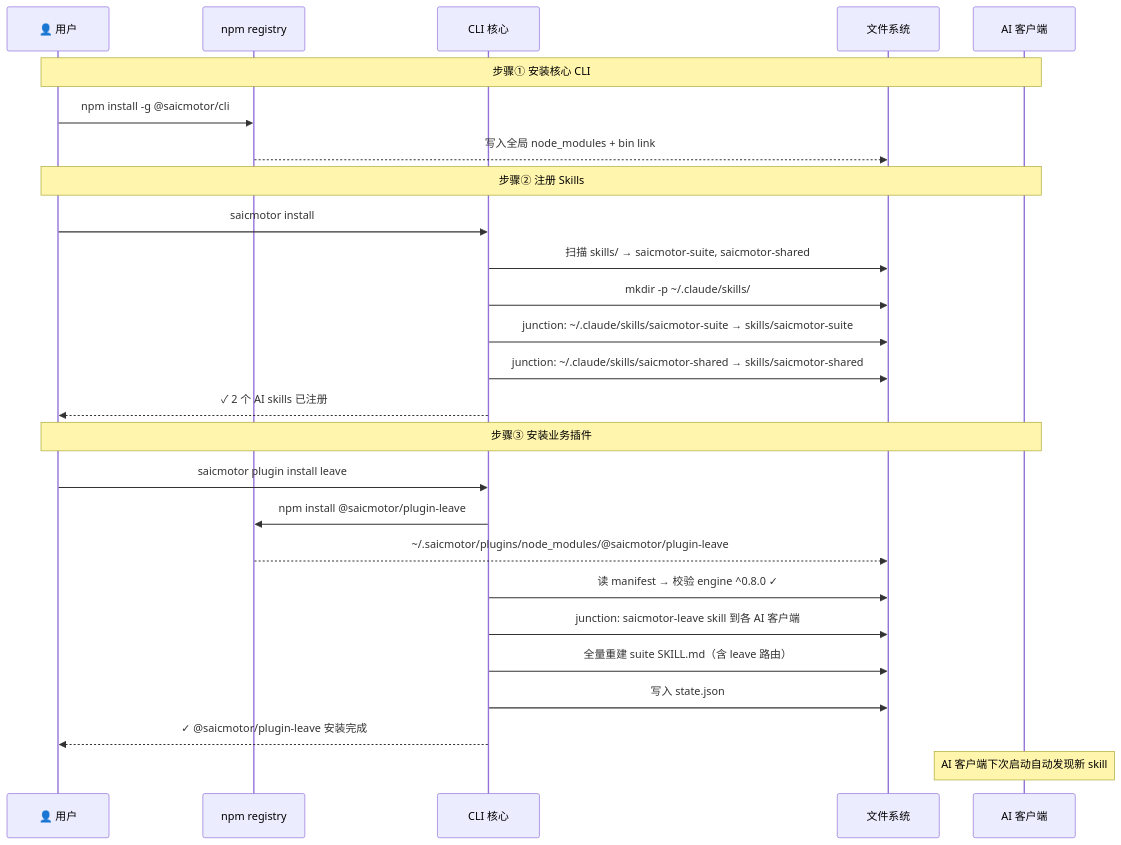
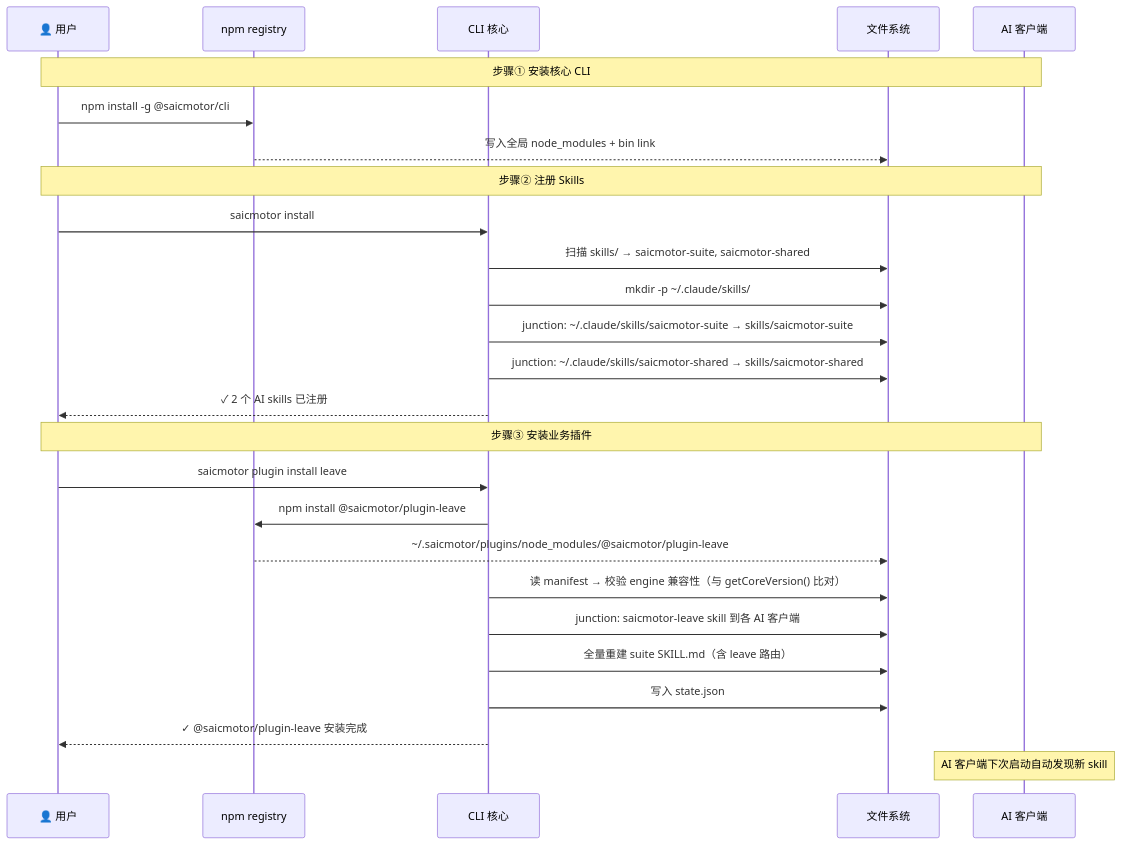
Before and after one commit to a5535772/saicmotor-cli: the second of 3 diagrams in howto/framework-v2/03-installation-flow.md, drawn with Mermaid. The commit also changed other lines of this file and 2 other files, not shown here.

Commit message:
docs: framework-v2 安装/认证/配置文档对齐窄化 Config 和去 token 前缀

````diff
--- a/howto/framework-v2/03-installation-flow.md
+++ b/howto/framework-v2/03-installation-flow.md
@@ -71,32 +71,32 @@
 ```mermaid
 sequenceDiagram
     participant U as 👤 用户
     participant NPM as npm registry
     participant C as CLI 核心
     participant FS as 文件系统
     participant AI as AI 客户端
 
     Note over U,AI: 步骤① 安装核心 CLI
     U->>NPM: npm install -g @saicmotor/cli
     NPM-->>FS: 写入全局 node_modules + bin link
 
     Note over U,AI: 步骤② 注册 Skills
     U->>C: saicmotor install
     C->>FS: 扫描 skills/ → saicmotor-suite, saicmotor-shared
     C->>FS: mkdir -p ~/.claude/skills/
     C->>FS: junction: ~/.claude/skills/saicmotor-suite → skills/saicmotor-suite
     C->>FS: junction: ~/.claude/skills/saicmotor-shared → skills/saicmotor-shared
     C-->>U: ✓ 2 个 AI skills 已注册
 
     Note over U,AI: 步骤③ 安装业务插件
     U->>C: saicmotor plugin install leave
     C->>NPM: npm install @saicmotor/plugin-leave
     NPM-->>FS: ~/.saicmotor/plugins/node_modules/@saicmotor/plugin-leave
-    C->>FS: 读 manifest → 校验 engine ^0.8.0 ✓
+    C->>FS: 读 manifest → 校验 engine 兼容性（与 getCoreVersion() 比对）
     C->>FS: junction: saicmotor-leave skill 到各 AI 客户端
     C->>FS: 全量重建 suite SKILL.md（含 leave 路由）
     C->>FS: 写入 state.json
     C-->>U: ✓ @saicmotor/plugin-leave 安装完成
 
     Note over AI: AI 客户端下次启动自动发现新 skill
 ```
````
